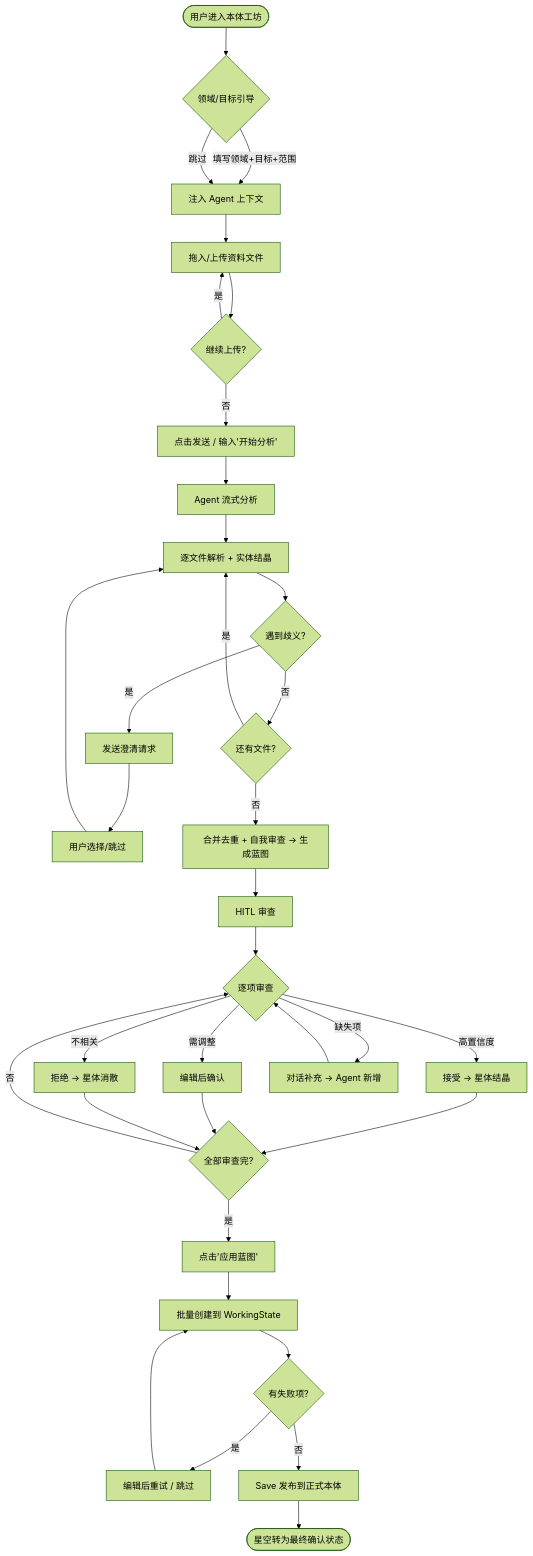
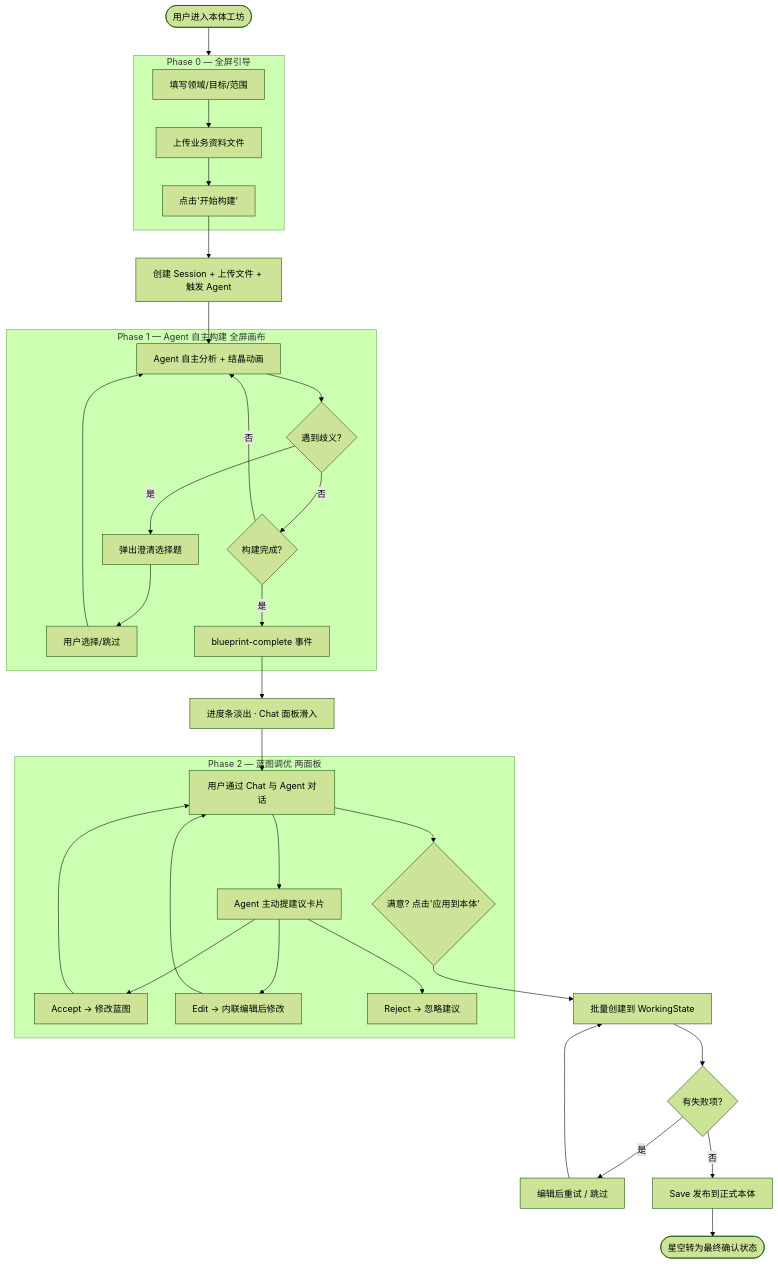
The third of 3 diagrams in docs/prd/0.2.0/AI 辅助本体构建 PRD.md (jieyuhuayang/open-ontology), drawn with Mermaid (forest theme) before and after one commit. The commit also changed other lines of this file, not shown here.

Commit message:
chore: auto-save AI 辅助本体构建 PRD.md (02:39:18)

````diff
--- a/docs/prd/0.2.0/AI 辅助本体构建 PRD.md
+++ b/docs/prd/0.2.0/AI 辅助本体构建 PRD.md
@@ -1373,38 +1375,46 @@
 ```mermaid
 flowchart TD
-    Start([用户进入本体工坊]) --> Phase0{领域/目标引导}
-    Phase0 -->|填写领域+目标+范围| P0Done[注入 Agent 上下文]
-    Phase0 -->|跳过| P0Done
-    P0Done --> Phase1[拖入/上传资料文件]
-    Phase1 --> Phase1b{继续上传?}
-    Phase1b -->|是| Phase1
-    Phase1b -->|否| Trigger[点击发送 / 输入'开始分析']
+    Start([用户进入本体工坊]) --> Phase0
 
-    Trigger --> Phase2[Agent 流式分析]
-    Phase2 --> Parse[逐文件解析 + 实体结晶]
-    Parse --> Ambiguity{遇到歧义?}
-    Ambiguity -->|是| Clarify[发送澄清请求]
-    Clarify --> UserReply[用户选择/跳过]
-    UserReply --> Parse
-    Ambiguity -->|否| NextFile{还有文件?}
-    NextFile -->|是| Parse
-    NextFile -->|否| Phase3[合并去重 + 自我审查 → 生成蓝图]
+    subgraph Phase0[Phase 0 — 全屏引导]
+        Guide[填写领域/目标/范围]
+        Upload[上传业务资料文件]
+        Guide --> Upload
+        Upload --> Submit[点击'开始构建']
+    end
 
-    Phase3 --> Phase4[HITL 审查]
-    Phase4 --> Review{逐项审查}
-    Review -->|高置信度| Accept[接受 → 星体结晶]
-    Review -->|需调整| Edit[编辑后确认]
-    Review -->|不相关| Reject[拒绝 → 星体消散]
-    Review -->|缺失项| Dialog[对话补充 → Agent 新增]
-    Dialog --> Review
+    Submit --> CreateSession[创建 Session + 上传文件 + 触发 Agent]
 
-    Accept & Edit & Reject --> AllDone{全部审查完?}
-    AllDone -->|否| Review
-    AllDone -->|是| Apply[点击'应用蓝图']
+    subgraph Phase1[Phase 1 — Agent 自主构建 全屏画布]
+        Build[Agent 自主分析 + 结晶动画]
+        Build --> Ambiguity{遇到歧义?}
+        Ambiguity -->|是| Clarify[弹出澄清选择题]
+        Clarify --> UserReply[用户选择/跳过]
+        UserReply --> Build
+        Ambiguity -->|否| NextStep{构建完成?}
+        NextStep -->|否| Build
+        NextStep -->|是| Complete[blueprint-complete 事件]
+    end
+
+    CreateSession --> Build
+    Complete --> Transition[进度条淡出 · Chat 面板滑入]
+
+    subgraph Phase2[Phase 2 — 蓝图调优 两面板]
+        Chat[用户通过 Chat 与 Agent 对话]
+        Suggest[Agent 主动提建议卡片]
+        Chat --> Suggest
+        Suggest --> Accept[Accept → 修改蓝图]
+        Suggest --> Edit[Edit → 内联编辑后修改]
+        Suggest --> Reject[Reject → 忽略建议]
+        Accept & Edit --> Chat
+        Chat --> Apply{满意? 点击'应用到本体'}
+    end
+
+    Transition --> Chat
     Apply --> Create[批量创建到 WorkingState]
     Create --> Fail{有失败项?}
     Fail -->|是| Retry[编辑后重试 / 跳过]
     Retry --> Create
     Fail -->|否| Save[Save 发布到正式本体]
     Save --> Done([星空转为最终确认状态])
 ```
````
